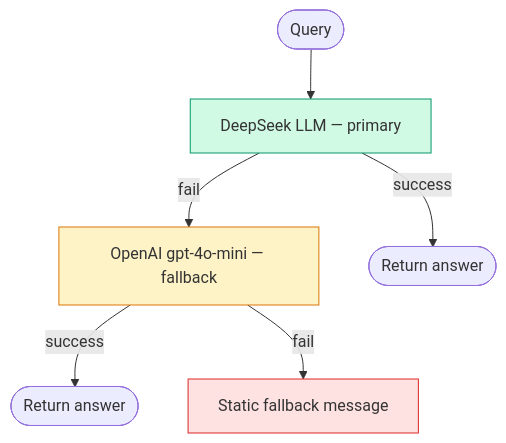
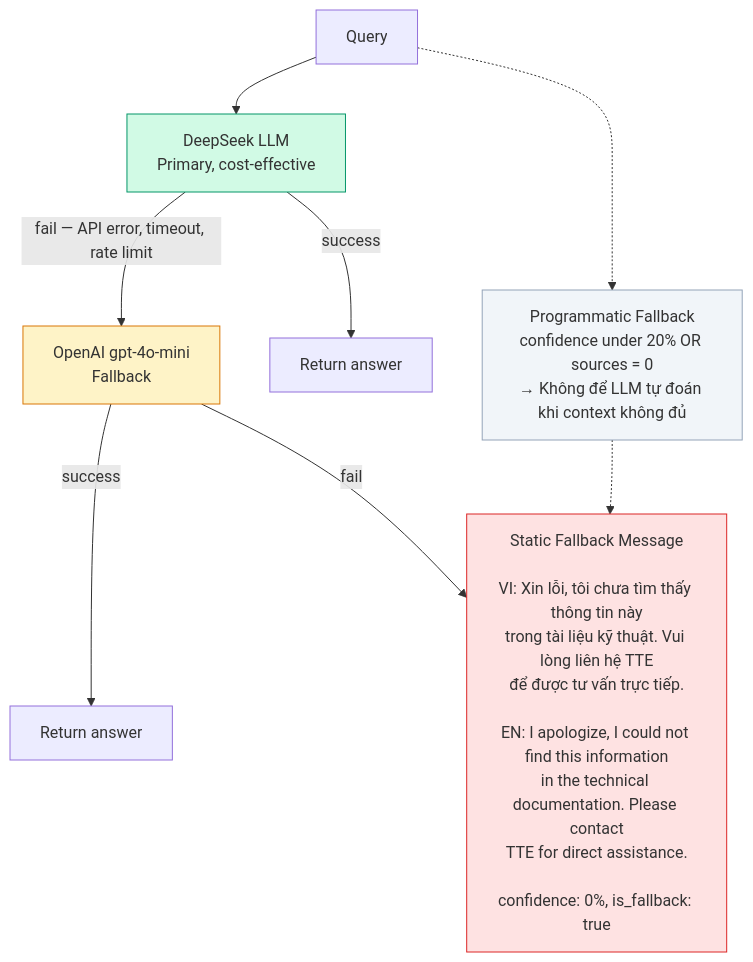
One commit to truongvinhkhuong/tdh-tte changed diagram 15 of 15 in docs/ai-engine/rag-architecture.md. Above: the diagram before and after it, drawn with Mermaid. The commit also changed other lines of this file and 1 other file, not shown here.

````diff
--- a/docs/ai-engine/rag-architecture.md
+++ b/docs/ai-engine/rag-architecture.md
@@ -529,19 +586,22 @@
 ```mermaid
 graph TD
-    Q(["Query"])
-    DS["DeepSeek LLM — primary"]
-    OAI["OpenAI gpt-4o-mini — fallback"]
-    STATIC["Static fallback message"]
-    OK1(["Return answer"])
-    OK2(["Return answer"])
+    Q["Query"]
+    DS["DeepSeek LLM\nPrimary, cost-effective"]
+    OAI["OpenAI gpt-4o-mini\nFallback"]
+    STATIC["Static Fallback Message\n\nVI: Xin lỗi, tôi chưa tìm thấy thông tin này\ntrong tài liệu kỹ thuật. Vui lòng liên hệ TTE\nđể được tư vấn trực tiếp.\n\nEN: I apologize, I could not find this information\nin the technical documentation. Please contact\nTTE for direct assistance.\n\nconfidence: 0%, is_fallback: true"]
+    OK1["Return answer"]
+    OK2["Return answer"]
+    PROG["Programmatic Fallback\nconfidence under 20% OR sources = 0\n→ Không để LLM tự đoán khi context không đủ"]
 
     Q --> DS
     DS -->|"success"| OK1
-    DS -->|"fail"| OAI
+    DS -->|"fail — API error, timeout, rate limit"| OAI
     OAI -->|"success"| OK2
     OAI -->|"fail"| STATIC
+    Q -.-> PROG -.-> STATIC
 
     style DS fill:#d1fae5,stroke:#059669
     style OAI fill:#fef3c7,stroke:#d97706
     style STATIC fill:#fee2e2,stroke:#dc2626
+    style PROG fill:#f1f5f9,stroke:#94a3b8
 ```
````
